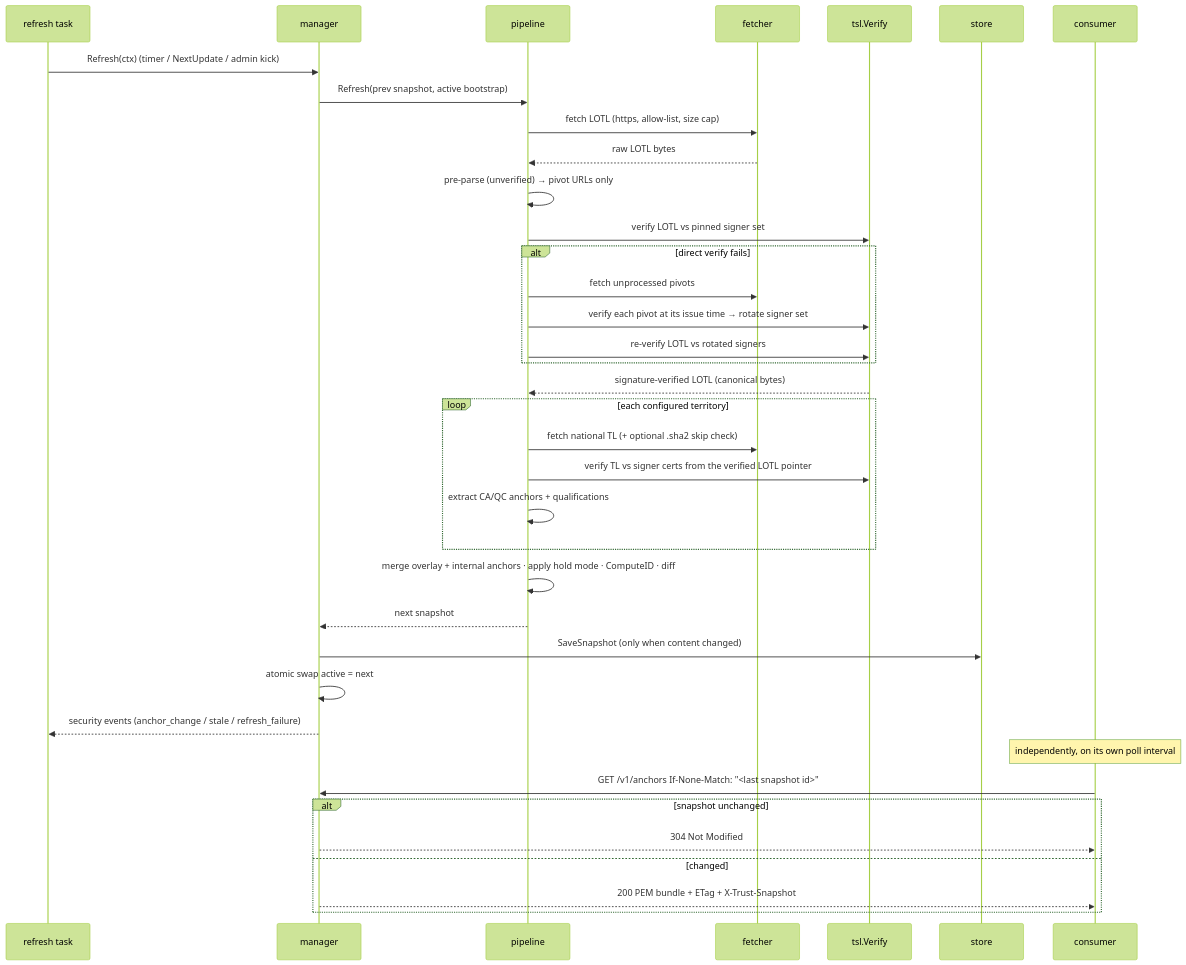
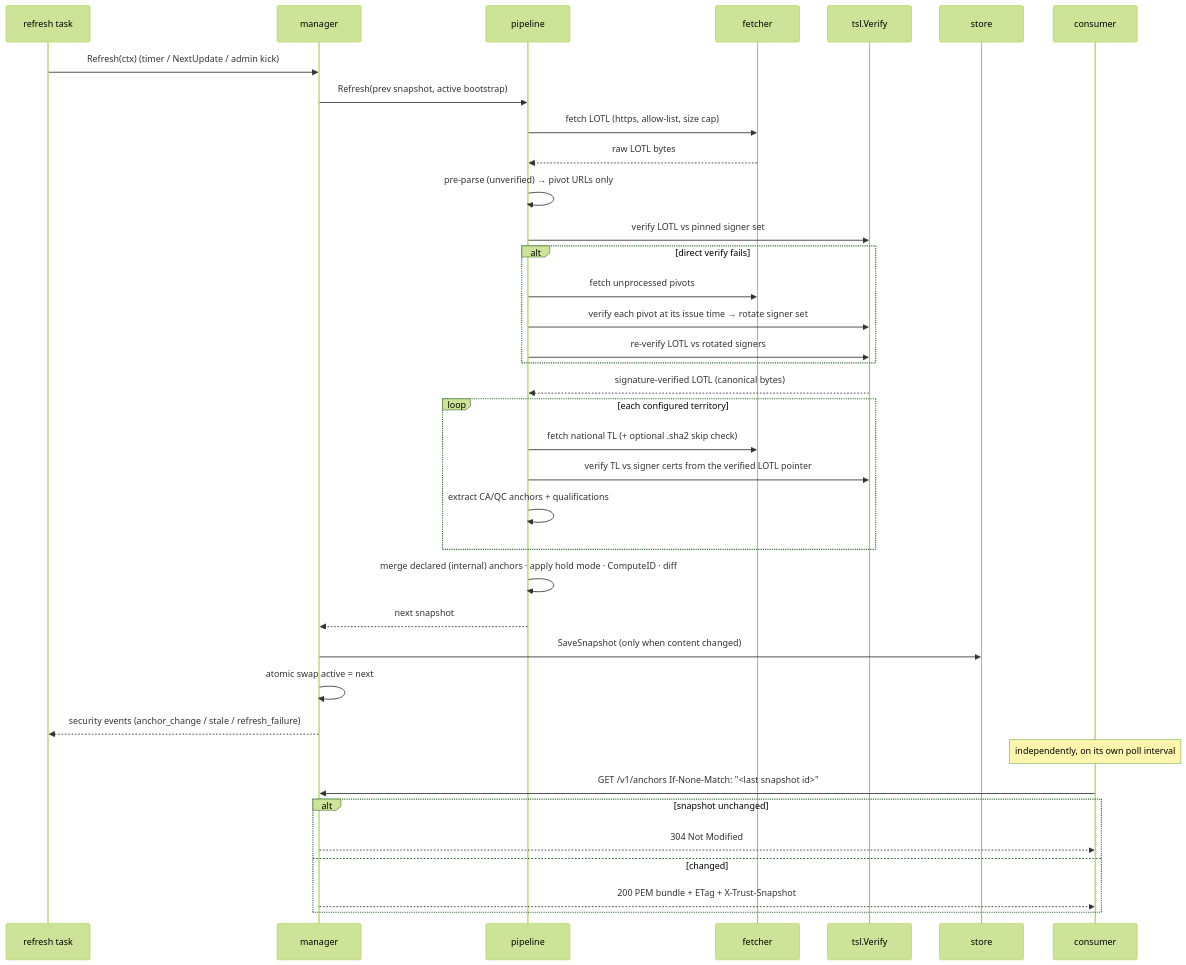
The third of 3 diagrams in README.md (go-make-bytes/trust-anchor), drawn with Mermaid (forest theme) before and after one commit. The commit also changed other lines of this file and 27 other files, not shown here.

````diff
--- a/README.md
+++ b/README.md
@@ -148,41 +148,41 @@
 ```mermaid
 sequenceDiagram
     participant T as refresh task
     participant M as manager
     participant P as pipeline
     participant F as fetcher
     participant V as tsl.Verify
     participant S as store
     participant C as consumer
 
     T->>M: Refresh(ctx)  (timer / NextUpdate / admin kick)
     M->>P: Refresh(prev snapshot, active bootstrap)
     P->>F: fetch LOTL (https, allow-list, size cap)
     F-->>P: raw LOTL bytes
     P->>P: pre-parse (unverified) → pivot URLs only
     P->>V: verify LOTL vs pinned signer set
     alt direct verify fails
         P->>F: fetch unprocessed pivots
         P->>V: verify each pivot at its issue time → rotate signer set
         P->>V: re-verify LOTL vs rotated signers
     end
     V-->>P: signature-verified LOTL (canonical bytes)
     loop each configured territory
         P->>F: fetch national TL (+ optional .sha2 skip check)
         P->>V: verify TL vs signer certs from the verified LOTL pointer
         P->>P: extract CA/QC anchors + qualifications
     end
-    P->>P: merge overlay + internal anchors · apply hold mode · ComputeID · diff
+    P->>P: merge declared (internal) anchors · apply hold mode · ComputeID · diff
     P-->>M: next snapshot
     M->>S: SaveSnapshot (only when content changed)
     M->>M: atomic swap active = next
     M-->>T: security events (anchor_change / stale / refresh_failure)
 
     Note over C: independently, on its own poll interval
     C->>M: GET /v1/anchors  If-None-Match: "<last snapshot id>"
     alt snapshot unchanged
         M-->>C: 304 Not Modified
     else changed
         M-->>C: 200 PEM bundle + ETag + X-Trust-Snapshot
     end
 ```
````
